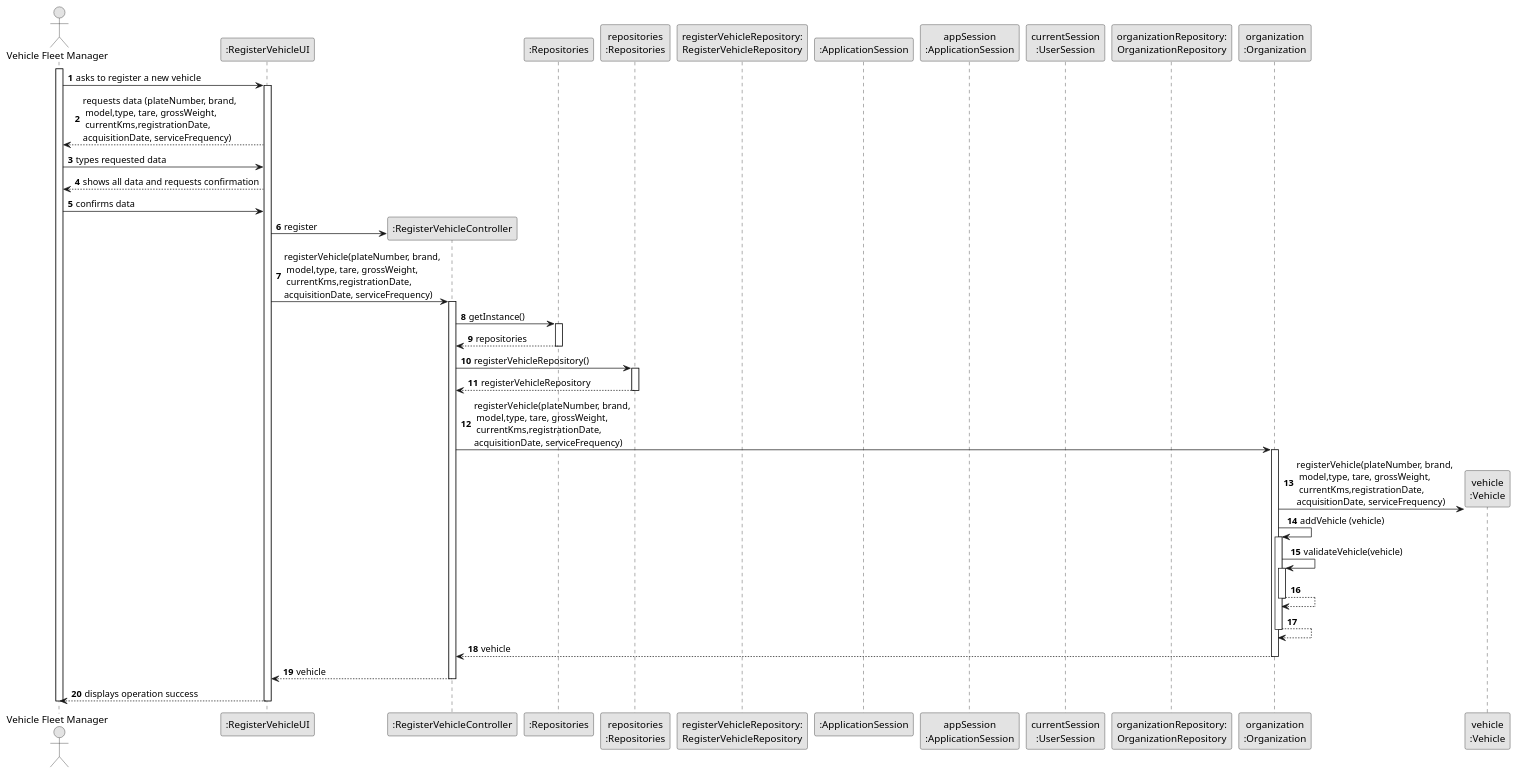
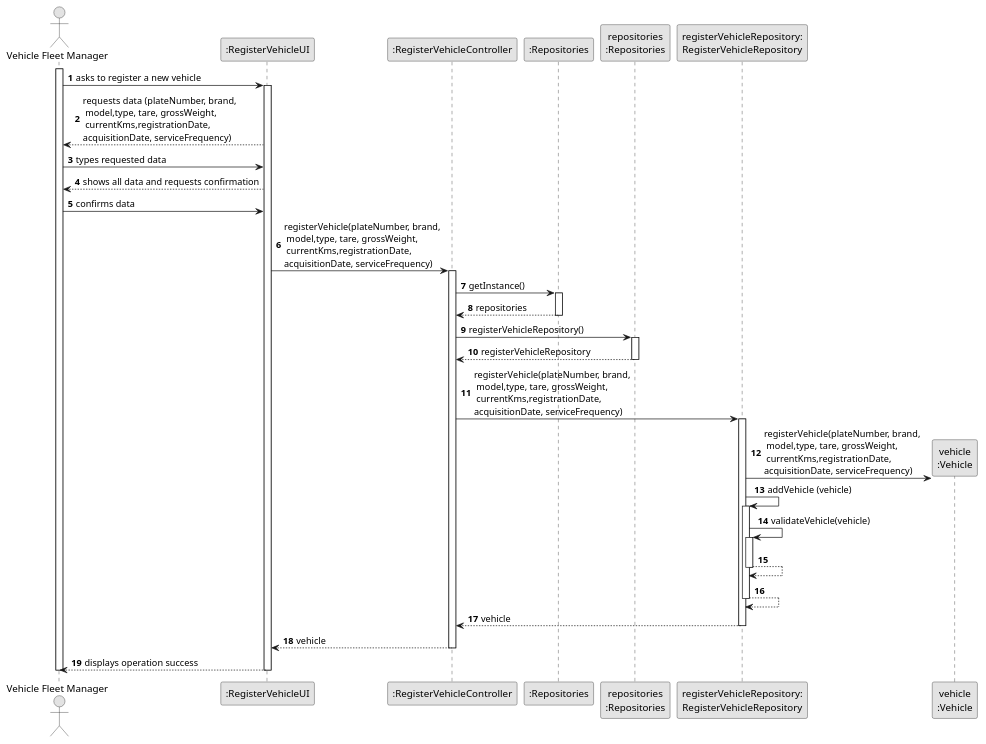
Before and after one commit to diogoveirospro/lei-24-s2-1dg-g072: the diagram in docs/sprintB/us006/03.design/puml/us006-sequence-diagram-full.puml, drawn with PlantUML. The commit also changed 2 other files, not shown here.

```diff
--- a/docs/sprintB/us006/03.design/puml/us006-sequence-diagram-full.puml
+++ b/docs/sprintB/us006/03.design/puml/us006-sequence-diagram-full.puml
@@ -1,79 +1,72 @@
 @startuml
 skinparam monochrome true
 skinparam packageStyle rectangle
 skinparam shadowing false
 
 autonumber
 
 'hide footbox
 actor "Vehicle Fleet Manager" as ADM
 participant ":RegisterVehicleUI" as UI
 participant ":RegisterVehicleController" as CTRL
 participant ":Repositories" as RepositorySingleton
 participant "repositories\n:Repositories" as PLAT
 participant "registerVehicleRepository:\nRegisterVehicleRepository" as RegisterVehicleRepository
-participant ":ApplicationSession" as _APP
-participant "appSession\n:ApplicationSession" as APP
-participant "currentSession\n:UserSession" as SESSAO
-participant "organizationRepository:\nOrganizationRepository" as OrganizationRepository
-participant "organization\n:Organization" as ORG
 participant "vehicle\n:Vehicle" as VEHICLE
 
 activate ADM
 
         ADM -> UI : asks to register a new vehicle
 
         activate UI
 
             UI --> ADM : requests data (plateNumber, brand,\n model,type, tare, grossWeight,\n currentKms,registrationDate,\nacquisitionDate, serviceFrequency)
 
             ADM -> UI : types requested data
 
             UI --> ADM : shows all data and requests confirmation
 
             ADM -> UI : confirms data
-            create CTRL
-            UI -> CTRL** : register
 
             UI -> CTRL : registerVehicle(plateNumber, brand,\n model,type, tare, grossWeight,\n currentKms,registrationDate,\nacquisitionDate, serviceFrequency)
             activate CTRL
 
                 CTRL -> RepositorySingleton : getInstance()
                 activate RepositorySingleton
 
                     RepositorySingleton --> CTRL: repositories
                 deactivate RepositorySingleton
 
                 CTRL -> PLAT : registerVehicleRepository()
                 activate PLAT
 
                     PLAT --> CTRL: registerVehicleRepository
                 deactivate PLAT
 
-                CTRL -> ORG : registerVehicle(plateNumber, brand,\n model,type, tare, grossWeight,\n currentKms,registrationDate,\nacquisitionDate, serviceFrequency)
-                activate ORG
+                CTRL -> RegisterVehicleRepository : registerVehicle(plateNumber, brand,\n model,type, tare, grossWeight,\n currentKms,registrationDate,\nacquisitionDate, serviceFrequency)
+                activate RegisterVehicleRepository
 
-                 ORG -> VEHICLE**: registerVehicle(plateNumber, brand,\n model,type, tare, grossWeight,\n currentKms,registrationDate,\nacquisitionDate, serviceFrequency)
-                 ORG -> ORG: addVehicle (vehicle)
+                RegisterVehicleRepository -> VEHICLE**: registerVehicle(plateNumber, brand,\n model,type, tare, grossWeight,\n currentKms,registrationDate,\nacquisitionDate, serviceFrequency)
+                RegisterVehicleRepository -> RegisterVehicleRepository: addVehicle (vehicle)
 
-                 activate ORG
-                     ORG -> ORG: validateVehicle(vehicle)
-                     activate ORG
-                         ORG --> ORG
-                     deactivate ORG
+                 activate RegisterVehicleRepository
+                     RegisterVehicleRepository -> RegisterVehicleRepository: validateVehicle(vehicle)
+                     activate RegisterVehicleRepository
+                         RegisterVehicleRepository --> RegisterVehicleRepository
+                     deactivate RegisterVehicleRepository
 
-                     ORG --> ORG
-                 deactivate ORG
+                     RegisterVehicleRepository --> RegisterVehicleRepository
+                 deactivate RegisterVehicleRepository
 
-                                ORG --> CTRL : vehicle
+                                RegisterVehicleRepository --> CTRL : vehicle
 
-                            deactivate ORG
+                            deactivate RegisterVehicleRepository
 
             CTRL --> UI: vehicle
             deactivate CTRL
             UI --> ADM: displays operation success
     deactivate UI
 
 deactivate ADM
 
 @enduml
```
